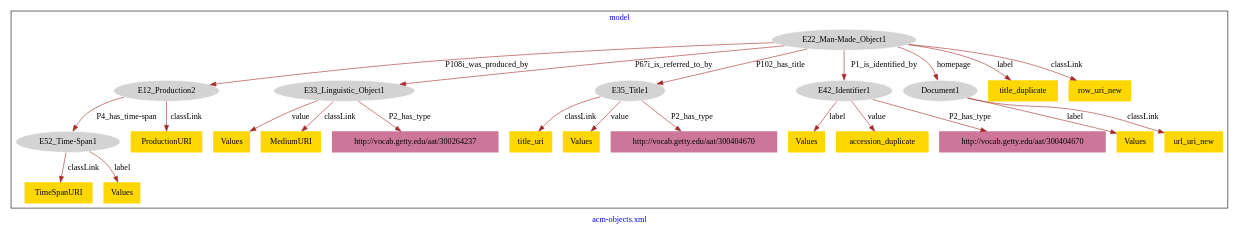
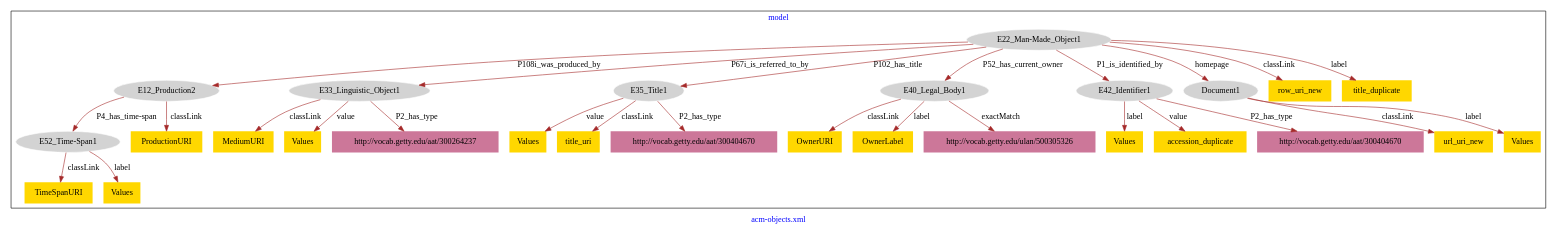
One commit to american-art/acm changed the diagram in acm-objects/acm-objects-model.dot. Above: the diagram before and after it, drawn with Graphviz.

Commit message:
Update file acm-objects-model.dot

```diff
--- a/acm-objects/acm-objects-model.dot
+++ b/acm-objects/acm-objects-model.dot
@@ -1,53 +1,61 @@
 digraph n0 {
 fontcolor="blue"
 remincross="true"
 label="acm-objects.xml"
 subgraph cluster {
 label="model"
 n2[style="filled",color="white",fillcolor="lightgray",label="E12_Production2"];
 n3[style="filled",color="white",fillcolor="lightgray",label="E52_Time-Span1"];
 n4[style="filled",color="white",fillcolor="lightgray",label="E22_Man-Made_Object1"];
 n5[style="filled",color="white",fillcolor="lightgray",label="E33_Linguistic_Object1"];
 n6[style="filled",color="white",fillcolor="lightgray",label="E35_Title1"];
-n7[style="filled",color="white",fillcolor="lightgray",label="E42_Identifier1"];
-n8[style="filled",color="white",fillcolor="lightgray",label="Document1"];
-n9[shape="plaintext",style="filled",fillcolor="gold",label="ProductionURI"];
-n10[shape="plaintext",style="filled",fillcolor="gold",label="title_duplicate"];
-n11[shape="plaintext",style="filled",fillcolor="gold",label="Values"];
-n12[shape="plaintext",style="filled",fillcolor="gold",label="title_uri"];
-n13[shape="plaintext",style="filled",fillcolor="gold",label="TimeSpanURI"];
-n14[shape="plaintext",style="filled",fillcolor="gold",label="Values"];
+n7[style="filled",color="white",fillcolor="lightgray",label="E40_Legal_Body1"];
+n8[style="filled",color="white",fillcolor="lightgray",label="E42_Identifier1"];
+n9[style="filled",color="white",fillcolor="lightgray",label="Document1"];
+n10[shape="plaintext",style="filled",fillcolor="gold",label="Values"];
+n11[shape="plaintext",style="filled",fillcolor="gold",label="title_uri"];
+n12[shape="plaintext",style="filled",fillcolor="gold",label="row_uri_new"];
+n13[shape="plaintext",style="filled",fillcolor="gold",label="url_uri_new"];
+n14[shape="plaintext",style="filled",fillcolor="gold",label="MediumURI"];
 n15[shape="plaintext",style="filled",fillcolor="gold",label="Values"];
-n16[shape="plaintext",style="filled",fillcolor="gold",label="Values"];
-n17[shape="plaintext",style="filled",fillcolor="gold",label="MediumURI"];
+n16[shape="plaintext",style="filled",fillcolor="gold",label="OwnerURI"];
+n17[shape="plaintext",style="filled",fillcolor="gold",label="ProductionURI"];
 n18[shape="plaintext",style="filled",fillcolor="gold",label="accession_duplicate"];
-n19[shape="plaintext",style="filled",fillcolor="gold",label="url_uri_new"];
-n20[shape="plaintext",style="filled",fillcolor="gold",label="row_uri_new"];
-n21[shape="plaintext",style="filled",fillcolor="gold",label="Values"];
-n22[shape="plaintext",style="filled",fillcolor="#CC7799",label="http://vocab.getty.edu/aat/300404670"];
-n23[shape="plaintext",style="filled",fillcolor="#CC7799",label="http://vocab.getty.edu/aat/300264237"];
-n24[shape="plaintext",style="filled",fillcolor="#CC7799",label="http://vocab.getty.edu/aat/300404670"];
+n19[shape="plaintext",style="filled",fillcolor="gold",label="Values"];
+n20[shape="plaintext",style="filled",fillcolor="gold",label="OwnerLabel"];
+n21[shape="plaintext",style="filled",fillcolor="gold",label="TimeSpanURI"];
+n22[shape="plaintext",style="filled",fillcolor="gold",label="Values"];
+n23[shape="plaintext",style="filled",fillcolor="gold",label="Values"];
+n24[shape="plaintext",style="filled",fillcolor="gold",label="title_duplicate"];
+n25[shape="plaintext",style="filled",fillcolor="#CC7799",label="http://vocab.getty.edu/aat/300404670"];
+n26[shape="plaintext",style="filled",fillcolor="#CC7799",label="http://vocab.getty.edu/ulan/500305326"];
+n27[shape="plaintext",style="filled",fillcolor="#CC7799",label="http://vocab.getty.edu/aat/300264237"];
+n28[shape="plaintext",style="filled",fillcolor="#CC7799",label="http://vocab.getty.edu/aat/300404670"];
 }
 n2 -> n3[color="brown",fontcolor="black",label="P4_has_time-span"]
 n4 -> n2[color="brown",fontcolor="black",label="P108i_was_produced_by"]
 n4 -> n5[color="brown",fontcolor="black",label="P67i_is_referred_to_by"]
 n4 -> n6[color="brown",fontcolor="black",label="P102_has_title"]
-n4 -> n7[color="brown",fontcolor="black",label="P1_is_identified_by"]
-n4 -> n8[color="brown",fontcolor="black",label="homepage"]
-n2 -> n9[color="brown",fontcolor="black",label="classLink"]
-n4 -> n10[color="brown",fontcolor="black",label="label"]
-n5 -> n11[color="brown",fontcolor="black",label="value"]
-n6 -> n12[color="brown",fontcolor="black",label="classLink"]
-n3 -> n13[color="brown",fontcolor="black",label="classLink"]
-n3 -> n14[color="brown",fontcolor="black",label="label"]
-n7 -> n15[color="brown",fontcolor="black",label="label"]
-n8 -> n16[color="brown",fontcolor="black",label="label"]
-n5 -> n17[color="brown",fontcolor="black",label="classLink"]
-n7 -> n18[color="brown",fontcolor="black",label="value"]
-n8 -> n19[color="brown",fontcolor="black",label="classLink"]
-n4 -> n20[color="brown",fontcolor="black",label="classLink"]
-n6 -> n21[color="brown",fontcolor="black",label="value"]
-n6 -> n22[color="brown",fontcolor="black",label="P2_has_type"]
-n5 -> n23[color="brown",fontcolor="black",label="P2_has_type"]
-n7 -> n24[color="brown",fontcolor="black",label="P2_has_type"]
+n4 -> n7[color="brown",fontcolor="black",label="P52_has_current_owner"]
+n4 -> n8[color="brown",fontcolor="black",label="P1_is_identified_by"]
+n4 -> n9[color="brown",fontcolor="black",label="homepage"]
+n6 -> n10[color="brown",fontcolor="black",label="value"]
+n6 -> n11[color="brown",fontcolor="black",label="classLink"]
+n4 -> n12[color="brown",fontcolor="black",label="classLink"]
+n9 -> n13[color="brown",fontcolor="black",label="classLink"]
+n5 -> n14[color="brown",fontcolor="black",label="classLink"]
+n8 -> n15[color="brown",fontcolor="black",label="label"]
+n7 -> n16[color="brown",fontcolor="black",label="classLink"]
+n2 -> n17[color="brown",fontcolor="black",label="classLink"]
+n8 -> n18[color="brown",fontcolor="black",label="value"]
+n9 -> n19[color="brown",fontcolor="black",label="label"]
+n7 -> n20[color="brown",fontcolor="black",label="label"]
+n3 -> n21[color="brown",fontcolor="black",label="classLink"]
+n5 -> n22[color="brown",fontcolor="black",label="value"]
+n3 -> n23[color="brown",fontcolor="black",label="label"]
+n4 -> n24[color="brown",fontcolor="black",label="label"]
+n6 -> n25[color="brown",fontcolor="black",label="P2_has_type"]
+n7 -> n26[color="brown",fontcolor="black",label="exactMatch"]
+n5 -> n27[color="brown",fontcolor="black",label="P2_has_type"]
+n8 -> n28[color="brown",fontcolor="black",label="P2_has_type"]
 }
```
